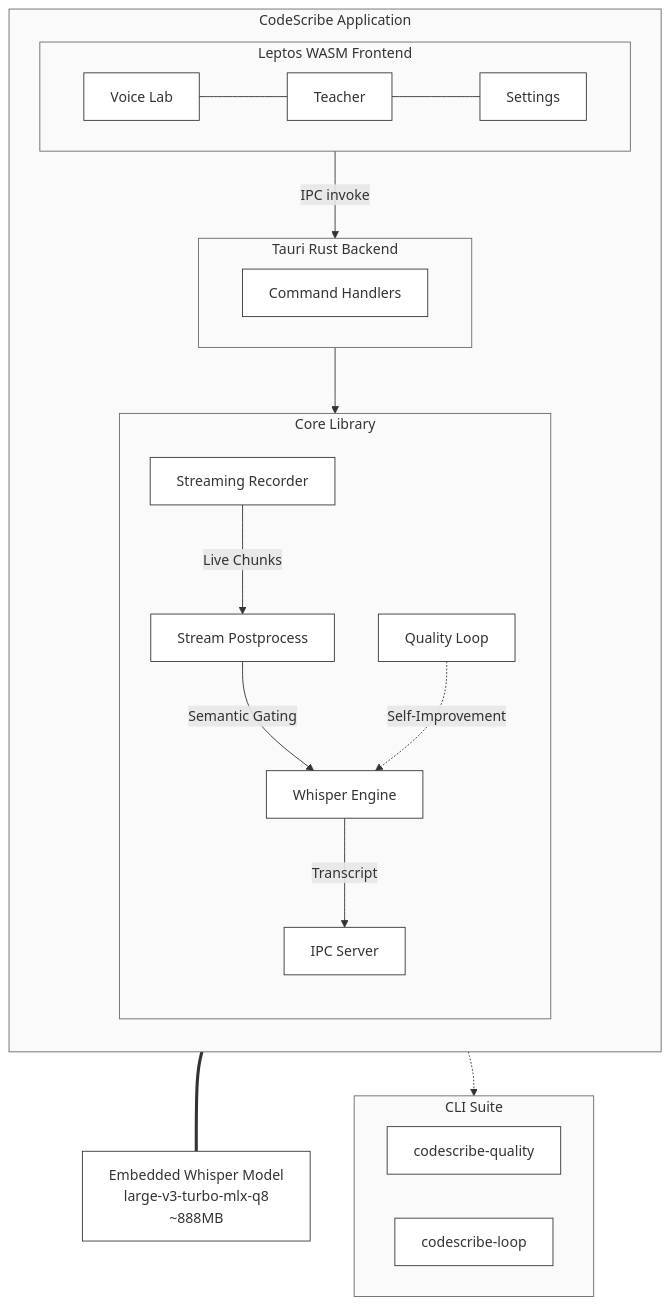
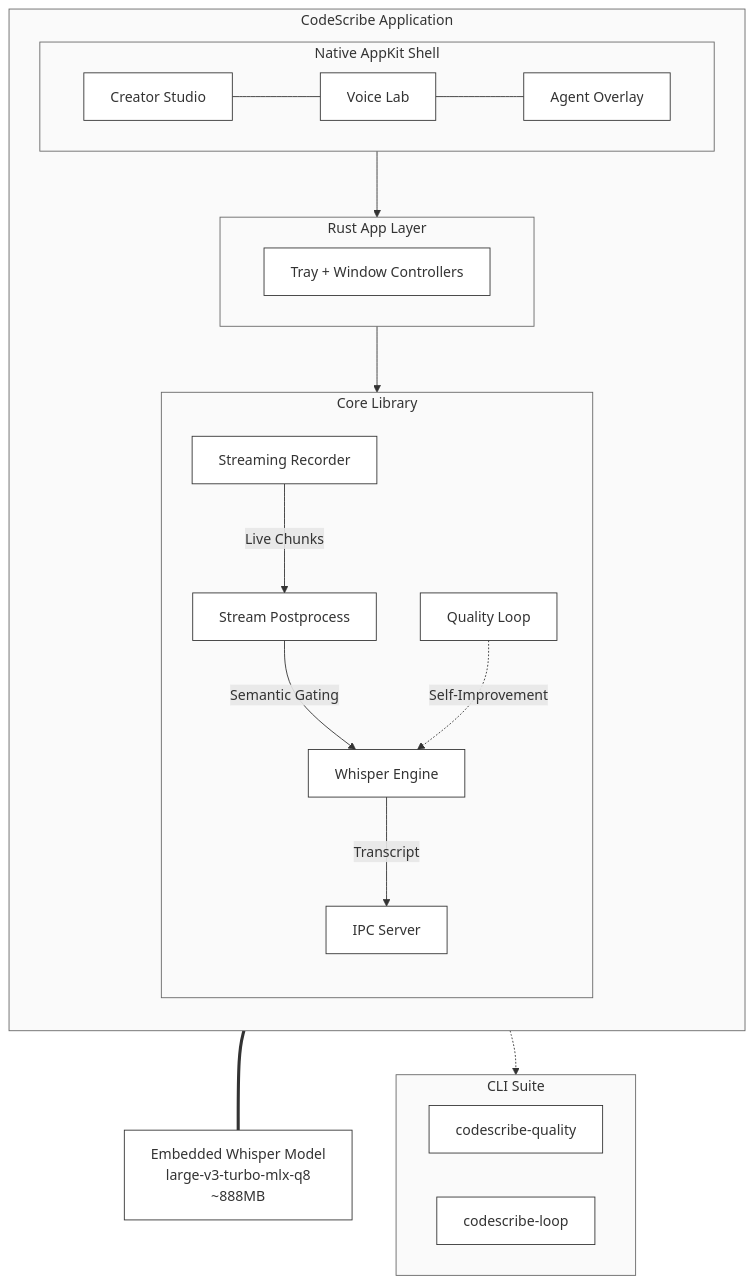
The first of 2 diagrams in README.md (vetcoders/codescribe), drawn with Mermaid before and after one commit. The commit also changed other lines of this file and 31 other files, not shown here.

````diff
--- a/README.md
+++ b/README.md
@@ -11,49 +11,49 @@
 ```mermaid
 flowchart TB
     %% Minimal monochrome styling
     classDef default fill:#fff,stroke:#333,stroke-width:1px;
     classDef box fill:#fafafa,stroke:#666,stroke-width:1px,stroke-dasharray: 0;
 
     subgraph APP[CodeScribe Application]
         direction TB
 
-        subgraph UI[Leptos WASM Frontend]
+        subgraph UI[Native AppKit Shell]
             direction LR
-            VL[Voice Lab] --- TE[Teacher] --- SET[Settings]
+            CR[Creator Studio] --- VL[Voice Lab] --- AG[Agent Overlay]
         end
 
-        subgraph BACKEND[Tauri Rust Backend]
-            CMD[Command Handlers]
+        subgraph BACKEND[Rust App Layer]
+            CMD[Tray + Window Controllers]
         end
 
-        UI -->|IPC invoke| BACKEND
+        UI --> BACKEND
 
         subgraph CORE[Core Library]
             direction TB
             REC[Streaming Recorder]
             POST[Stream Postprocess]
             WH[Whisper Engine]
             IPC[IPC Server]
             QL[Quality Loop]
 
             REC -->|Live Chunks| POST
             POST -->|Semantic Gating| WH
             WH -->|Transcript| IPC
             QL -.->|Self-Improvement| WH
         end
 
         BACKEND --> CORE
     end
 
     MODEL["Embedded Whisper Model<br/>large-v3-turbo-mlx-q8<br/>~888MB"]
     WH === MODEL
 
     subgraph TOOLS[CLI Suite]
         QCLI[codescribe-quality]
         LCLI[codescribe-loop]
     end
 
     CORE -.-> TOOLS
 
     class APP,UI,BACKEND,CORE,TOOLS box
 ```
````
